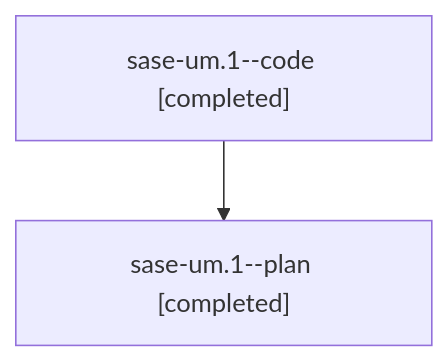
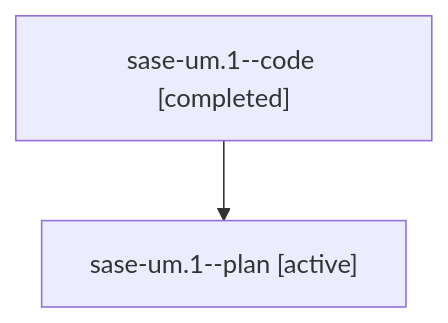
One commit to sase-org/sase--agents changed the diagram in families/bbugyi200.athena.sase-um.1.md. Above: the diagram before and after it, drawn with Mermaid. The commit also changed other lines of this file and 35830 other files, not shown here.

````diff
--- a/families/bbugyi200.athena.sase-um.1.md
+++ b/families/bbugyi200.athena.sase-um.1.md
@@ -9,6 +9,6 @@
 ```mermaid
 flowchart TD
   n0["sase-um.1--code [completed]"]
-  n1["sase-um.1--plan [completed]"]
+  n1["sase-um.1--plan [active]"]
   n0 --> n1
 ```
````
